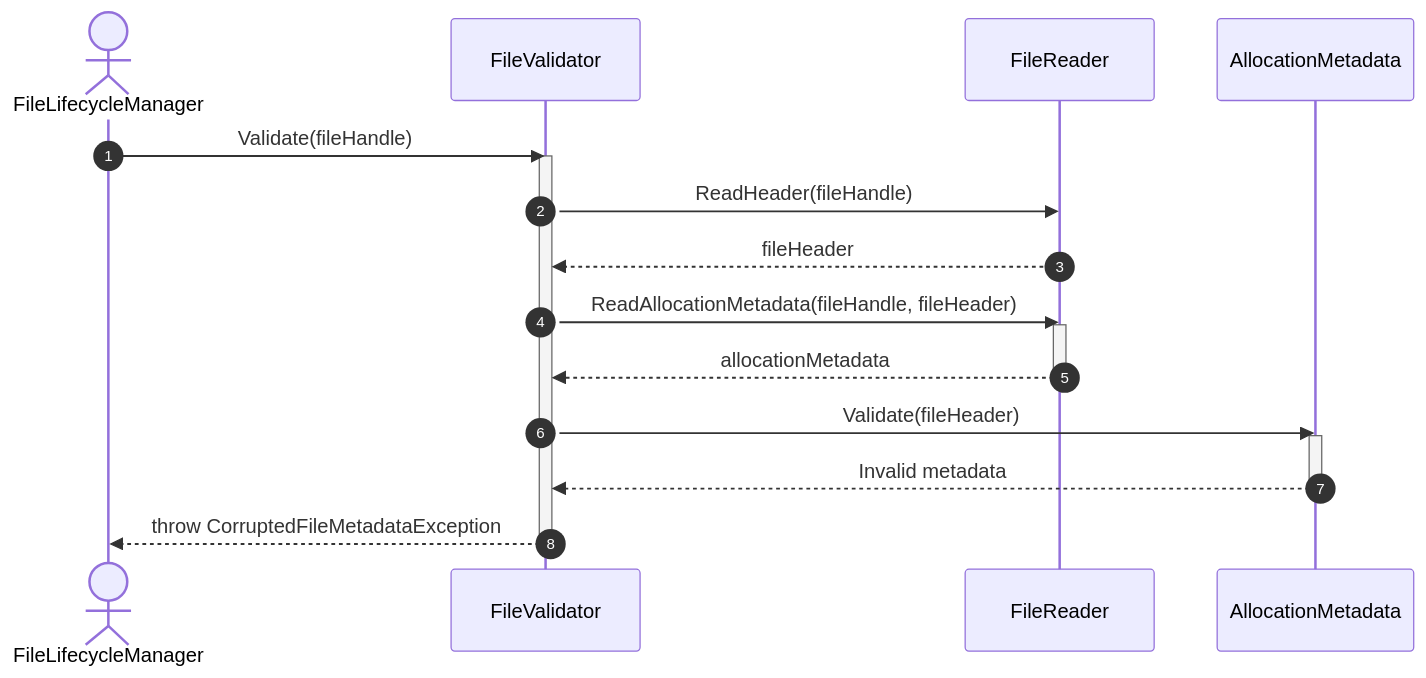
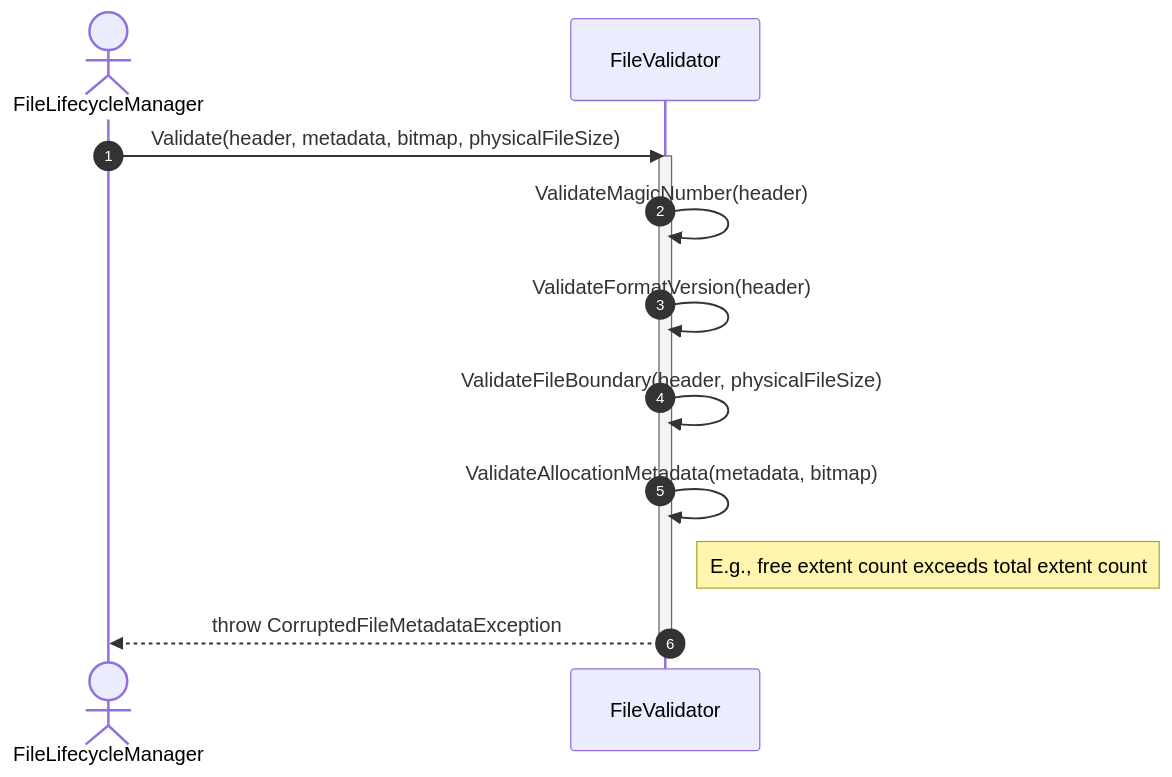
One commit to manaxpow/DBMS changed the fourth of 4 diagrams in docs/diagrams/sequence-diagrams/storage-engine/file-management/file-lifecycle/validate-file.md. Above: the diagram before and after it, drawn with Mermaid. The commit also changed other lines of this file and 35 other files, not shown here.

````diff
--- a/docs/diagrams/sequence-diagrams/storage-engine/file-management/file-lifecycle/validate-file.md
+++ b/docs/diagrams/sequence-diagrams/storage-engine/file-management/file-lifecycle/validate-file.md
@@ -135,28 +87,21 @@
 ```mermaid
 sequenceDiagram
     autonumber
 
     actor FLM as FileLifecycleManager
     participant FV as FileValidator
-    participant FR as FileReader
-    participant AM as AllocationMetadata
 
-    FLM->>FV: Validate(fileHandle)
+    FLM->>FV: Validate(header, metadata, bitmap, physicalFileSize)
     activate FV
 
-    FV->>FR: ReadHeader(fileHandle)
-    FR-->>FV: fileHeader
-
-    FV->>FR: ReadAllocationMetadata(fileHandle, fileHeader)
-    activate FR
-    FR-->>FV: allocationMetadata
-    deactivate FR
-
-    FV->>AM: Validate(fileHeader)
-    activate AM
-    AM-->>FV: Invalid metadata
-    deactivate AM
+    FV->>FV: ValidateMagicNumber(header)
+    FV->>FV: ValidateFormatVersion(header)
+    FV->>FV: ValidateFileBoundary(header, physicalFileSize)
+    
+    FV->>FV: ValidateAllocationMetadata(metadata, bitmap)
+    
+    note right of FV: E.g., free extent count exceeds total extent count
 
     FV-->>FLM: throw CorruptedFileMetadataException
     deactivate FV
 ```
````
